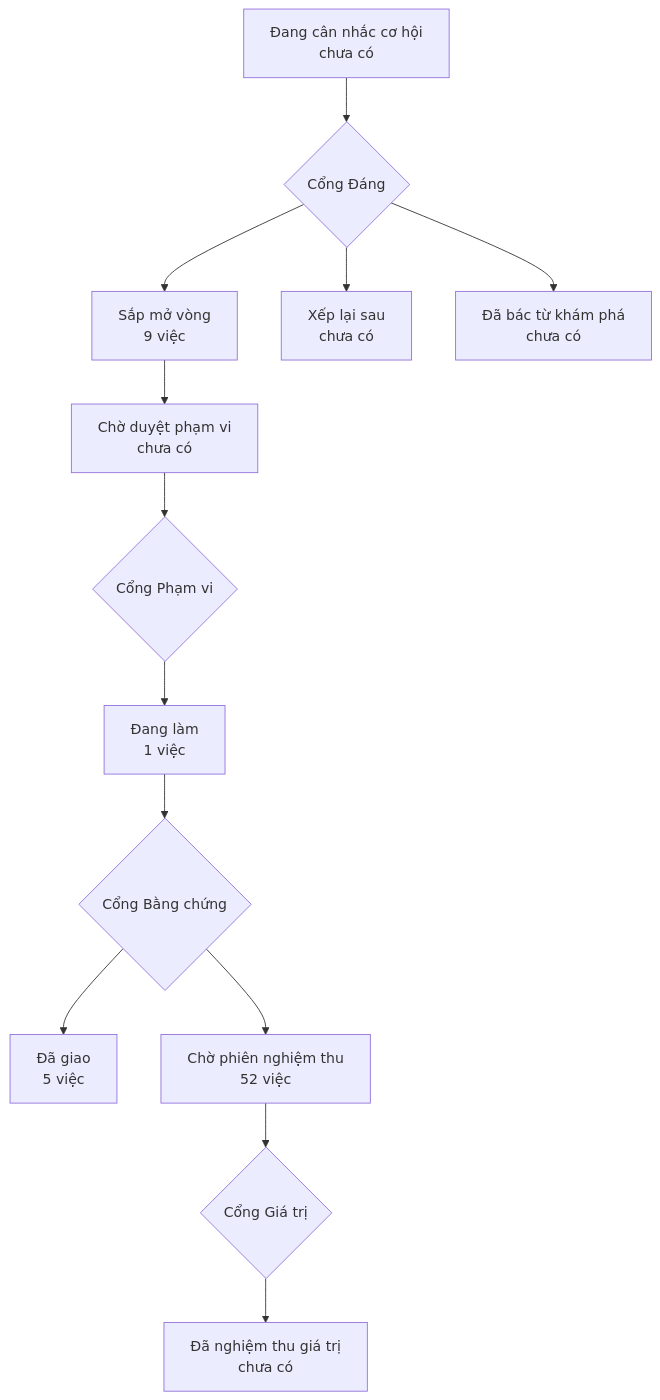
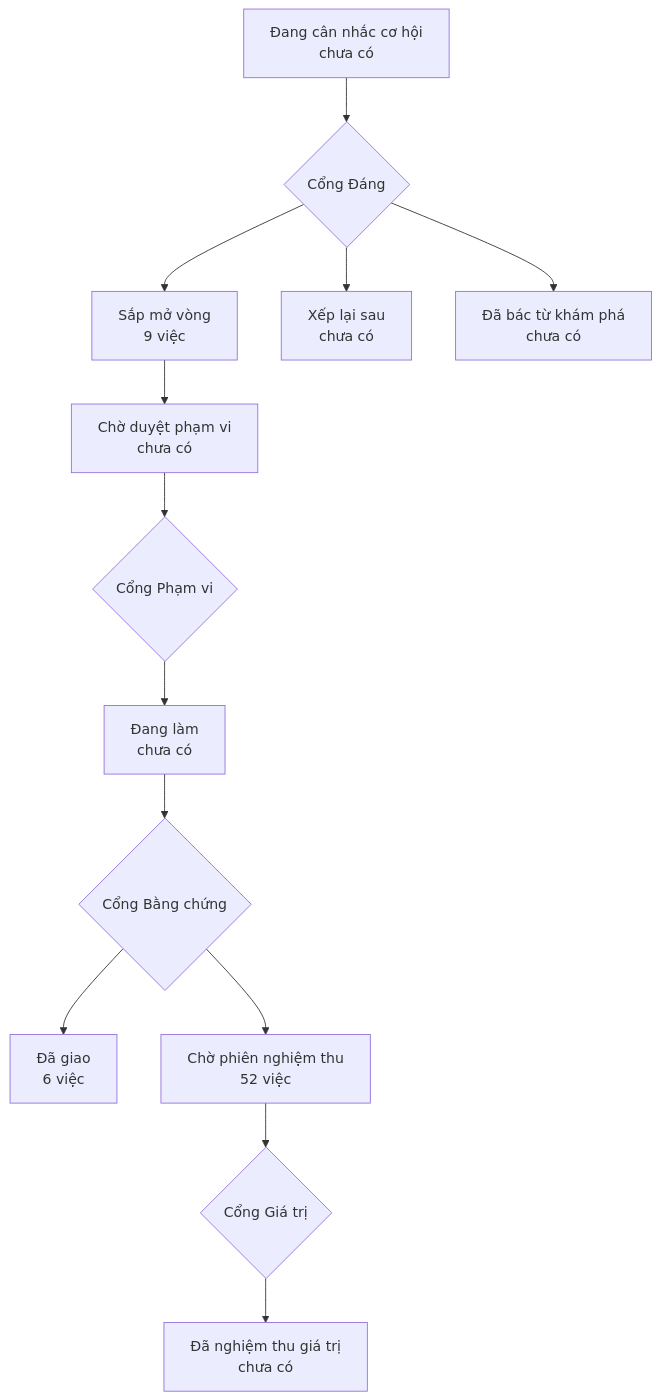
One commit to phanlemanh/onehub-inventory changed the diagram in PRODUCT-MAP.md. Above: the diagram before and after it, drawn with Mermaid. The commit also changed other lines of this file and 6 other files, not shown here.

````diff
--- a/PRODUCT-MAP.md
+++ b/PRODUCT-MAP.md
@@ -7,12 +7,12 @@
 ```mermaid
 flowchart TD
   A["Đang cân nhắc cơ hội<br/>chưa có"] --> GD{"Cổng Đáng"}
   GD --> B["Sắp mở vòng<br/>9 việc"]
   GD --> XL["Xếp lại sau<br/>chưa có"]
   GD --> DB["Đã bác từ khám phá<br/>chưa có"]
   B --> CD["Chờ duyệt phạm vi<br/>chưa có"] --> GP{"Cổng Phạm vi"}
-  GP --> DL["Đang làm<br/>1 việc"] --> GB{"Cổng Bằng chứng"}
-  GB --> DG["Đã giao<br/>5 việc"]
+  GP --> DL["Đang làm<br/>chưa có"] --> GB{"Cổng Bằng chứng"}
+  GB --> DG["Đã giao<br/>6 việc"]
   GB --> CN["Chờ phiên nghiệm thu<br/>52 việc"] --> GG{"Cổng Giá trị"}
   GG --> NT["Đã nghiệm thu giá trị<br/>chưa có"]
 ```
````
